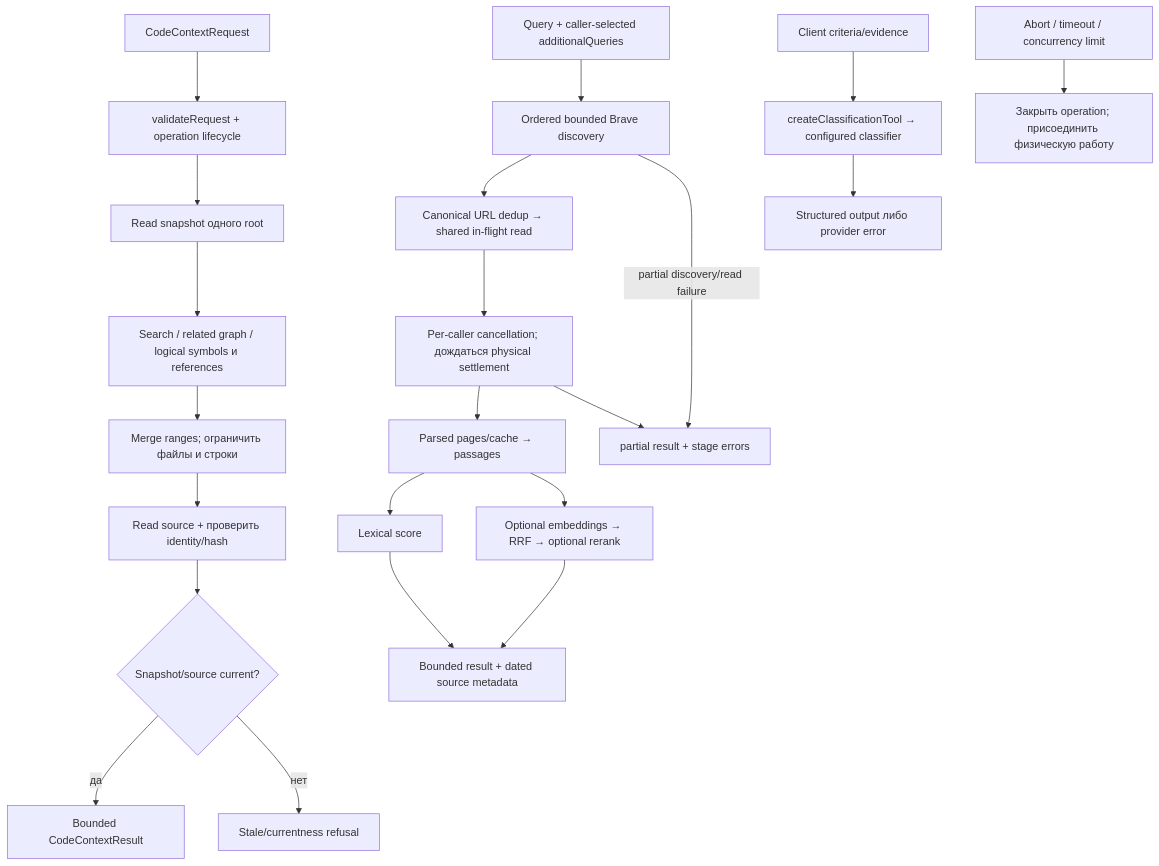
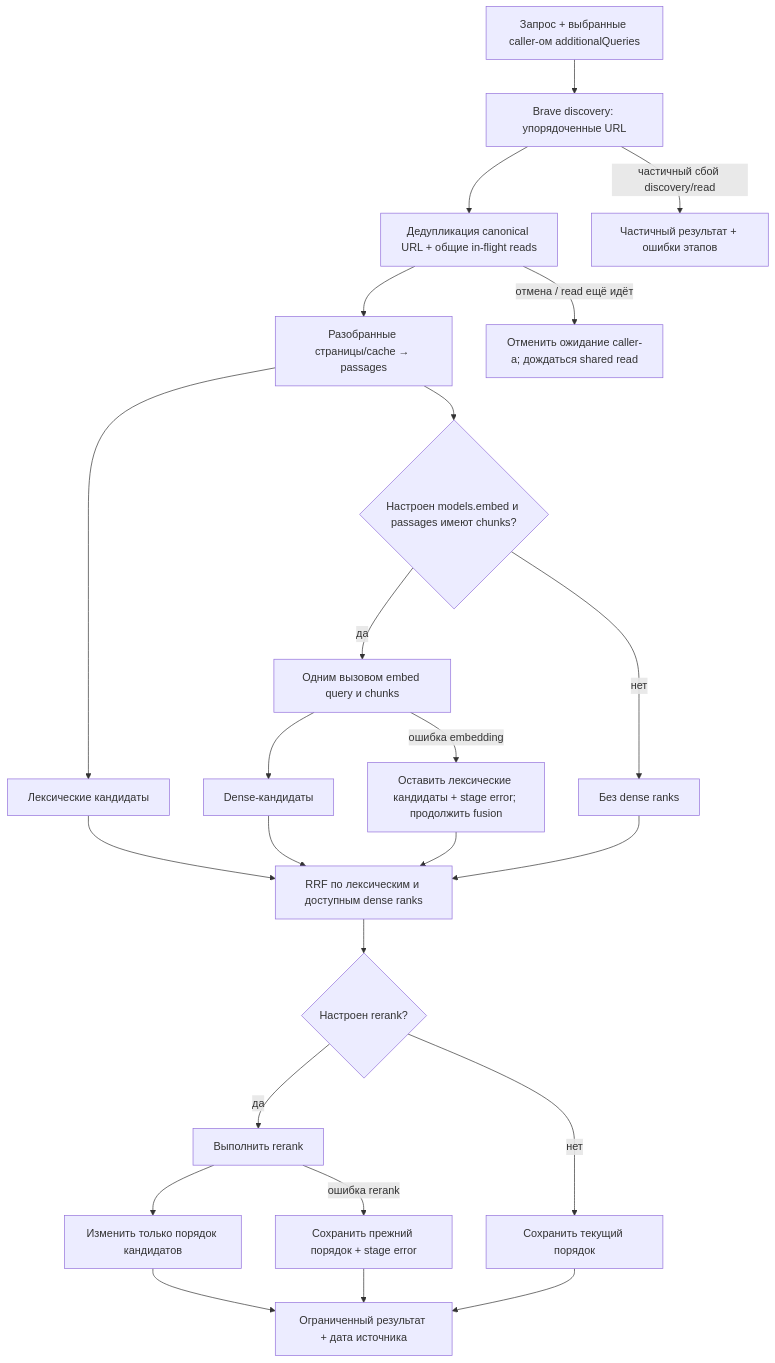
One commit to zoomplus/zorya-search changed the second of 4 diagrams in src/context/README.md. Above: the diagram before and after it, drawn with Mermaid. The commit also changed other lines of this file and 5 other files, not shown here.

Commit message:
docs: detail Jev decisions and retrieval service flows

````diff
--- a/src/context/README.md
+++ b/src/context/README.md
@@ -5,24 +23,26 @@
 ```mermaid
 flowchart TD
- A["CodeContextRequest"] --> B["validateRequest + operation lifecycle"]
- B --> C["Read snapshot одного root"]
- C --> D["Search / related graph / logical symbols и references"]
- D --> E["Merge ranges; ограничить файлы и строки"]
- E --> F["Read source + проверить identity/hash"]
- F --> G{"Snapshot/source current?"}
- G -->|"да"| H["Bounded CodeContextResult"]
- G -->|"нет"| I["Stale/currentness refusal"]
- J["Query + caller-selected additionalQueries"] --> K["Ordered bounded Brave discovery"]
- K --> L["Canonical URL dedup → shared in-flight read"]
- L --> M["Per-caller cancellation; дождаться physical settlement"]
- M --> N["Parsed pages/cache → passages"]
- N --> O["Lexical score"]
- N --> P["Optional embeddings → RRF → optional rerank"]
- O --> Q["Bounded result + dated source metadata"]
- P --> Q
- K -->|"partial discovery/read failure"| R["partial result + stage errors"]
- M --> R
- S["Client criteria/evidence"] --> T["createClassificationTool → configured classifier"]
- T --> U["Structured output либо provider error"]
- V["Abort / timeout / concurrency limit"] --> W["Закрыть operation; присоединить физическую работу"]
+ wa["Запрос + выбранные caller-ом additionalQueries"] --> wb["Brave discovery: упорядоченные URL"]
+ wb --> wc["Дедупликация canonical URL + общие in-flight reads"]
+ wc --> wd["Разобранные страницы/cache → passages"]
+ wd --> we["Лексические кандидаты"]
+ wd --> wf{"Настроен models.embed и passages имеют chunks?"}
+ wf -->|"да"| wg["Одним вызовом embed query и chunks"]
+ wg --> wha["Dense-кандидаты"]
+ wf -->|"нет"| wh["Без dense ranks"]
+ we --> wi["RRF по лексическим и доступным dense ranks"]
+ wha --> wi
+ wh --> wi
+ wi --> wj{"Настроен rerank?"}
+ wj -->|"да"| wk["Выполнить rerank"]
+ wk --> wka["Изменить только порядок кандидатов"]
+ wj -->|"нет"| wl["Сохранить текущий порядок"]
+ wka --> wm["Ограниченный результат + дата источника"]
+ wl --> wm
+ wg -->|"ошибка embedding"| wn["Оставить лексические кандидаты + stage error; продолжить fusion"]
+ wn --> wi
+ wk -->|"ошибка rerank"| wo["Сохранить прежний порядок + stage error"]
+ wo --> wm
+ wb -->|"частичный сбой discovery/read"| wp["Частичный результат + ошибки этапов"]
+ wc -->|"отмена / read ещё идёт"| wq["Отменить ожидание caller-а; дождаться shared read"]
 ```
````
